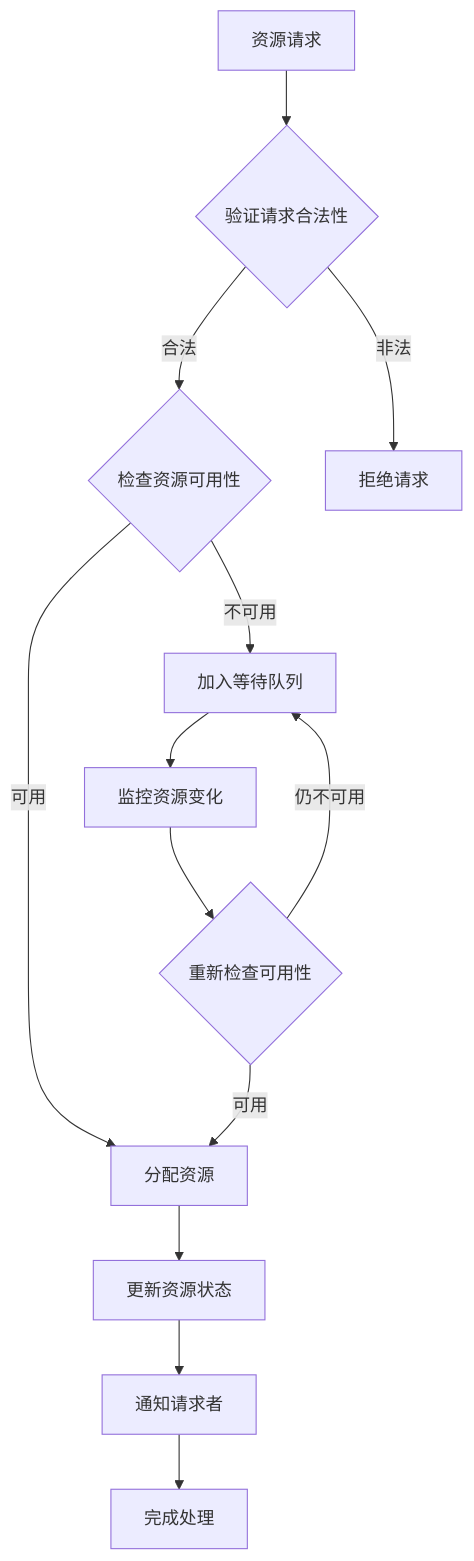
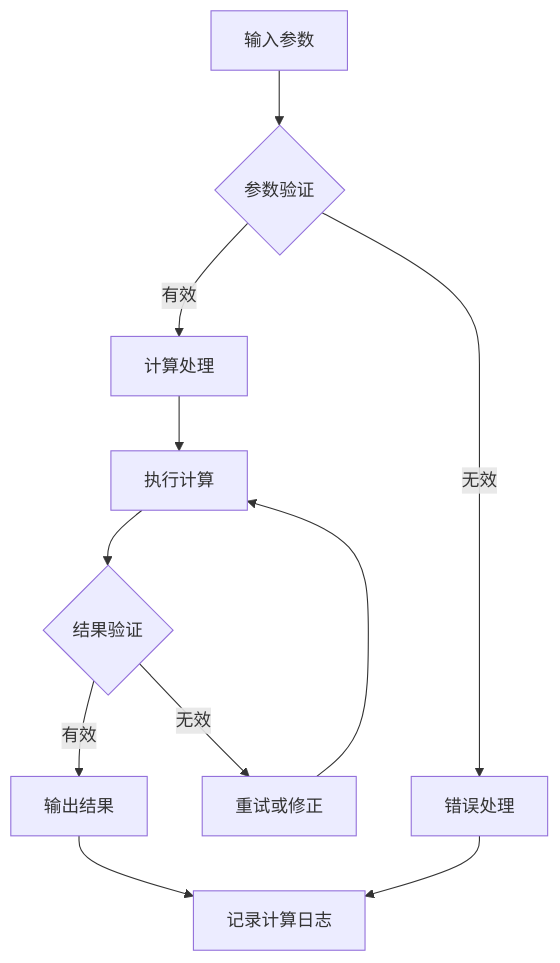
The eighth of 9 diagrams in .qoder/repowiki/zh/content/运行时系统/公共生存模式.md (Ivandanslespace/thegreatnovel), drawn with Mermaid before and after one commit. The commit also changed other lines of this file and 100 other files, not shown here.

````diff
--- a/.qoder/repowiki/zh/content/运行时系统/公共生存模式.md
+++ b/.qoder/repowiki/zh/content/运行时系统/公共生存模式.md
@@ -597,15 +417,13 @@
 ```mermaid
 flowchart TD
-Request["资源请求"] --> Validate{"验证请求合法性"}
-Validate --> |合法| CheckAvailability{"检查资源可用性"}
-Validate --> |非法| Reject["拒绝请求"]
-CheckAvailability --> |可用| Allocate["分配资源"]
-CheckAvailability --> |不可用| Queue["加入等待队列"]
-Allocate --> Update["更新资源状态"]
-Queue --> Monitor["监控资源变化"]
-Monitor --> Recheck{"重新检查可用性"}
-Recheck --> |可用| Allocate
-Recheck --> |仍不可用| Queue
-Update --> Notify["通知请求者"]
-Notify --> Complete["完成处理"]
+Input["输入参数"] --> Validate{"参数验证"}
+Validate --> |有效| Process["计算处理"]
+Validate --> |无效| Error["错误处理"]
+Process --> Calculate["执行计算"]
+Calculate --> Verify{"结果验证"}
+Verify --> |有效| Output["输出结果"]
+Verify --> |无效| Retry["重试或修正"]
+Retry --> Calculate
+Output --> Log["记录计算日志"]
+Error --> Log
 ```
````
